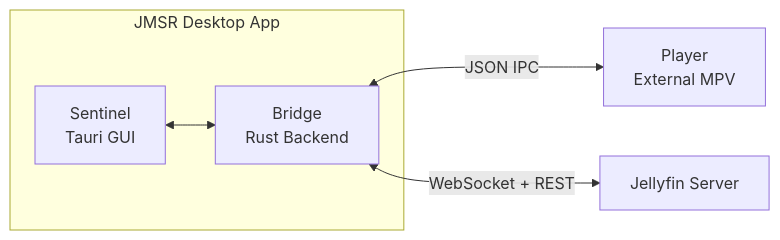
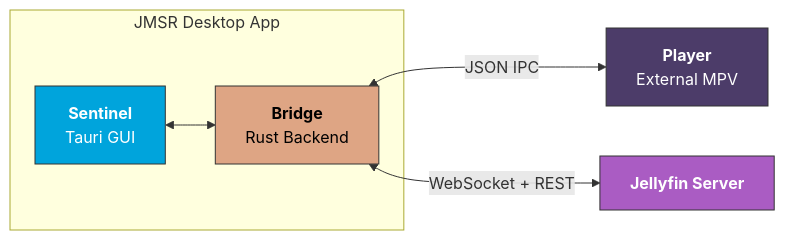
Before and after one commit to hewel/jmsr: the diagram in README.md, drawn with Mermaid. The commit also changed other lines of this file, not shown here.

Commit message:
fix: update CI badge link and enhance architecture diagram with bold labels

````diff
--- a/README.md
+++ b/README.md
@@ -47,11 +47,16 @@
 ```mermaid
 graph LR
     subgraph JMSR[JMSR Desktop App]
-        A[Sentinel<br>Tauri GUI]
-        B[Bridge<br>Rust Backend]
+        A[<b>Sentinel</b><br>Tauri GUI]
+        B[<b>Bridge</b><br>Rust Backend]
         A <--> B
     end
     
-    B <-->|JSON IPC| C[Player<br>External MPV]
-    B <-->|WebSocket + REST| D[Jellyfin Server]
+    B <-->|JSON IPC| C[<b>Player</b><br>External MPV]
+    B <-->|WebSocket + REST| D[<b>Jellyfin Server</b>]
+    
+    style A fill:#00a4dc,stroke:#333,color:white
+    style B fill:#dea584,stroke:#333,color:black
+    style C fill:#4c3c69,stroke:#333,color:white
+    style D fill:#aa5cc3,stroke:#333,color:white
 ```
````
